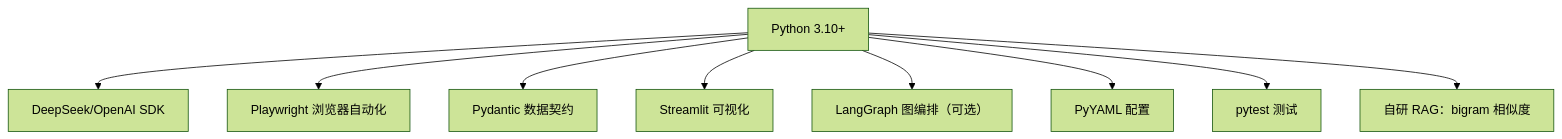
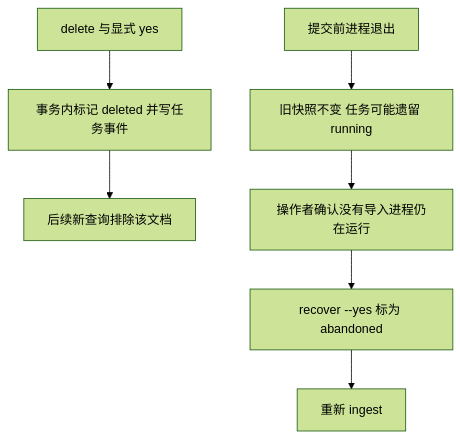
The fifth of 6 diagrams in docs/知识图谱.md (lin-or-feng/personax), drawn with Mermaid (forest theme) before and after one commit. The commit also changed other lines of this file and 123 other files, not shown here.

````diff
--- a/docs/知识图谱.md
+++ b/docs/知识图谱.md
@@ -74,11 +109,9 @@
 ```mermaid
-graph TD
-    PY[Python 3.10+] --> DS[DeepSeek/OpenAI SDK]
-    PY --> PW[Playwright 浏览器自动化]
-    PY --> PD[Pydantic 数据契约]
-    PY --> ST2[Streamlit 可视化]
-    PY --> LG[LangGraph 图编排（可选）]
-    PY --> Y[PyYAML 配置]
-    PY --> PT[pytest 测试]
-    PY --> R2[自研 RAG：bigram 相似度]
+flowchart TB
+    DELETE[delete 与显式 yes] --> SOFT[事务内标记 deleted 并写任务事件]
+    SOFT --> NEWQUERY[后续新查询排除该文档]
+    INTERRUPT[提交前进程退出] --> OLD[旧快照不变 任务可能遗留 running]
+    OLD --> CONFIRM[操作者确认没有导入进程仍在运行]
+    CONFIRM --> RECOVER[recover --yes 标为 abandoned]
+    RECOVER --> RETRY[重新 ingest]
 ```
````
